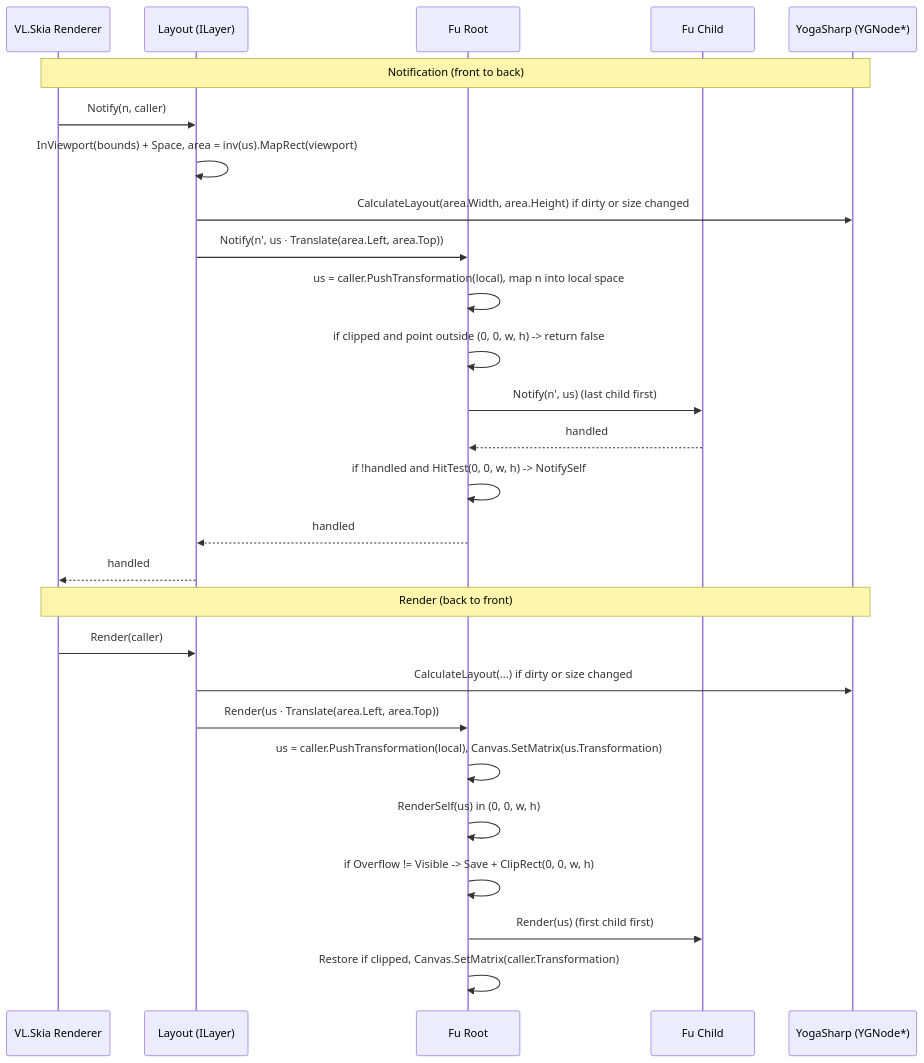
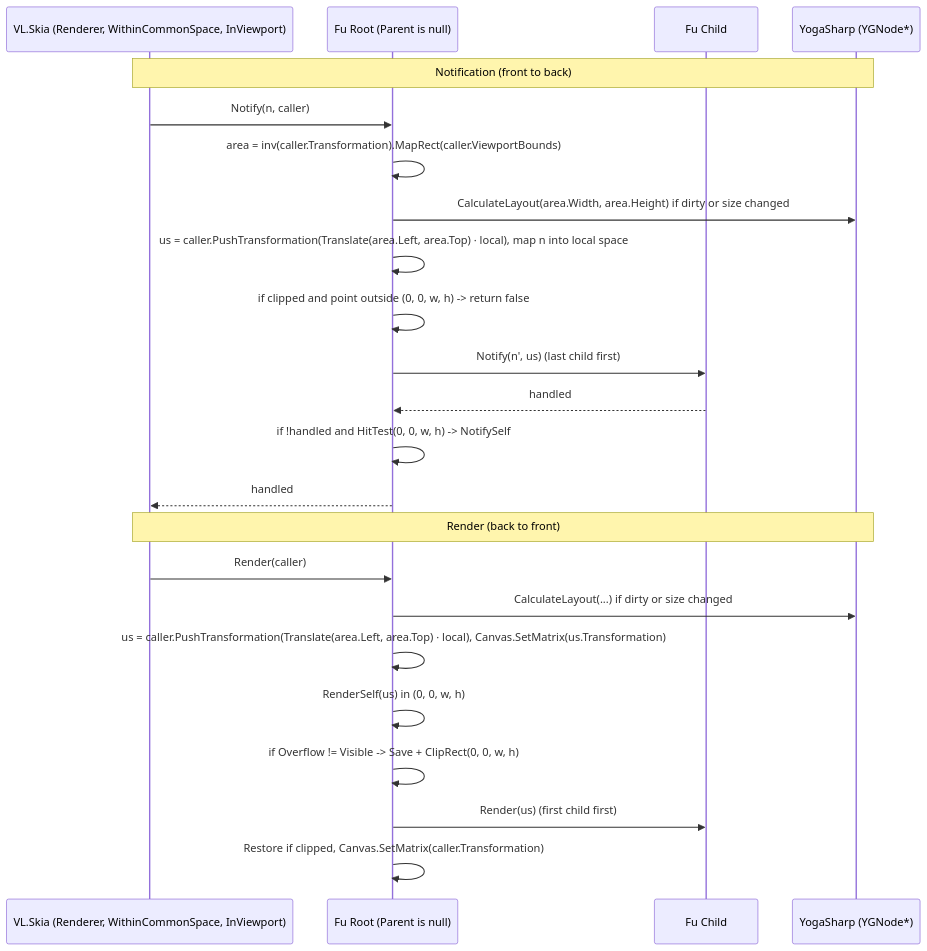
One commit to antokhio/VL.Fu changed the diagram in .github/proposals/proposal-layoutable.md. Above: the diagram before and after it, drawn with Mermaid. The commit also changed other lines of this file and 5 other files, not shown here.

````diff
--- a/.github/proposals/proposal-layoutable.md
+++ b/.github/proposals/proposal-layoutable.md
@@ -195,31 +209,27 @@
 ```mermaid
 sequenceDiagram
-    participant Skia as VL.Skia Renderer
-    participant Layout as Layout (ILayer)
-    participant Root as Fu Root
+    participant Skia as VL.Skia (Renderer, WithinCommonSpace, InViewport)
+    participant Root as Fu Root (Parent is null)
     participant Child as Fu Child
     participant Yoga as YogaSharp (YGNode*)
 
     Note over Skia,Yoga: Notification (front to back)
-    Skia->>Layout: Notify(n, caller)
-    Layout->>Layout: InViewport(bounds) + Space, area = inv(us).MapRect(viewport)
-    Layout->>Yoga: CalculateLayout(area.Width, area.Height) if dirty or size changed
-    Layout->>Root: Notify(n', us · Translate(area.Left, area.Top))
-    Root->>Root: us = caller.PushTransformation(local), map n into local space
+    Skia->>Root: Notify(n, caller)
+    Root->>Root: area = inv(caller.Transformation).MapRect(caller.ViewportBounds)
+    Root->>Yoga: CalculateLayout(area.Width, area.Height) if dirty or size changed
+    Root->>Root: us = caller.PushTransformation(Translate(area.Left, area.Top) · local), map n into local space
     Root->>Root: if clipped and point outside (0, 0, w, h) -> return false
     Root->>Child: Notify(n', us) (last child first)
     Child-->>Root: handled
     Root->>Root: if !handled and HitTest(0, 0, w, h) -> NotifySelf
-    Root-->>Layout: handled
-    Layout-->>Skia: handled
+    Root-->>Skia: handled
 
     Note over Skia,Yoga: Render (back to front)
-    Skia->>Layout: Render(caller)
-    Layout->>Yoga: CalculateLayout(...) if dirty or size changed
-    Layout->>Root: Render(us · Translate(area.Left, area.Top))
-    Root->>Root: us = caller.PushTransformation(local), Canvas.SetMatrix(us.Transformation)
+    Skia->>Root: Render(caller)
+    Root->>Yoga: CalculateLayout(...) if dirty or size changed
+    Root->>Root: us = caller.PushTransformation(Translate(area.Left, area.Top) · local), Canvas.SetMatrix(us.Transformation)
     Root->>Root: RenderSelf(us) in (0, 0, w, h)
     Root->>Root: if Overflow != Visible -> Save + ClipRect(0, 0, w, h)
     Root->>Child: Render(us) (first child first)
     Root->>Root: Restore if clipped, Canvas.SetMatrix(caller.Transformation)
 ```
````
